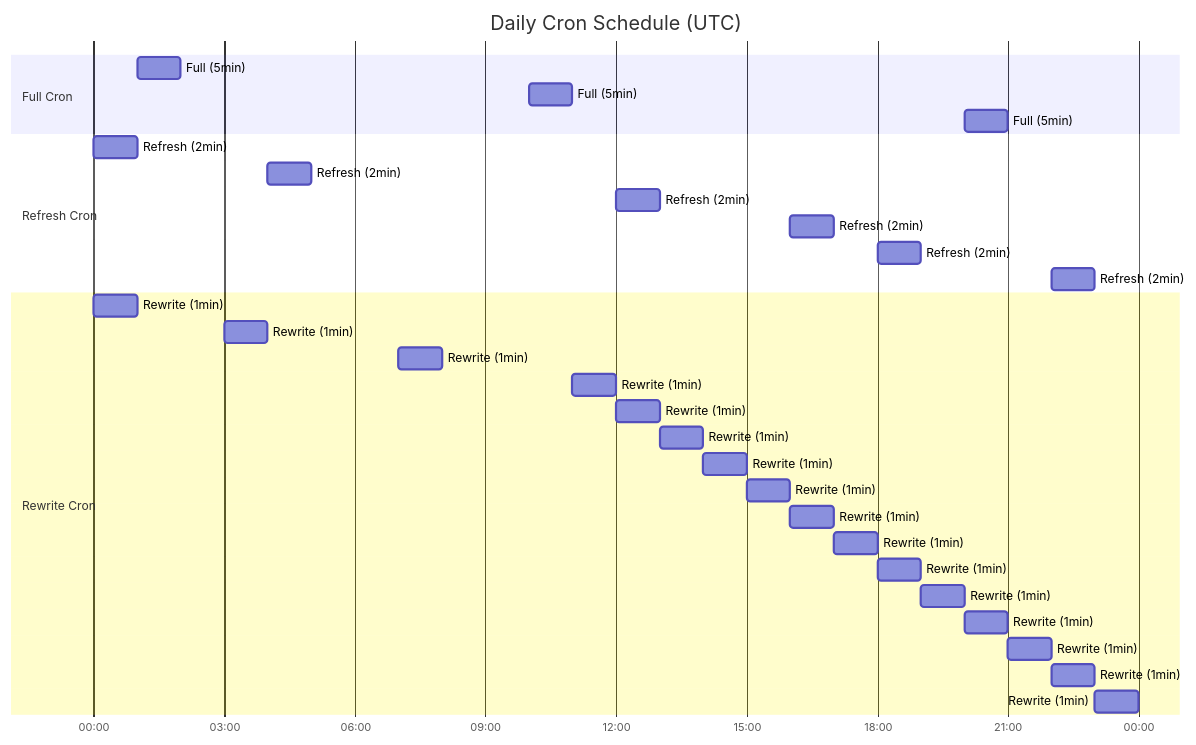
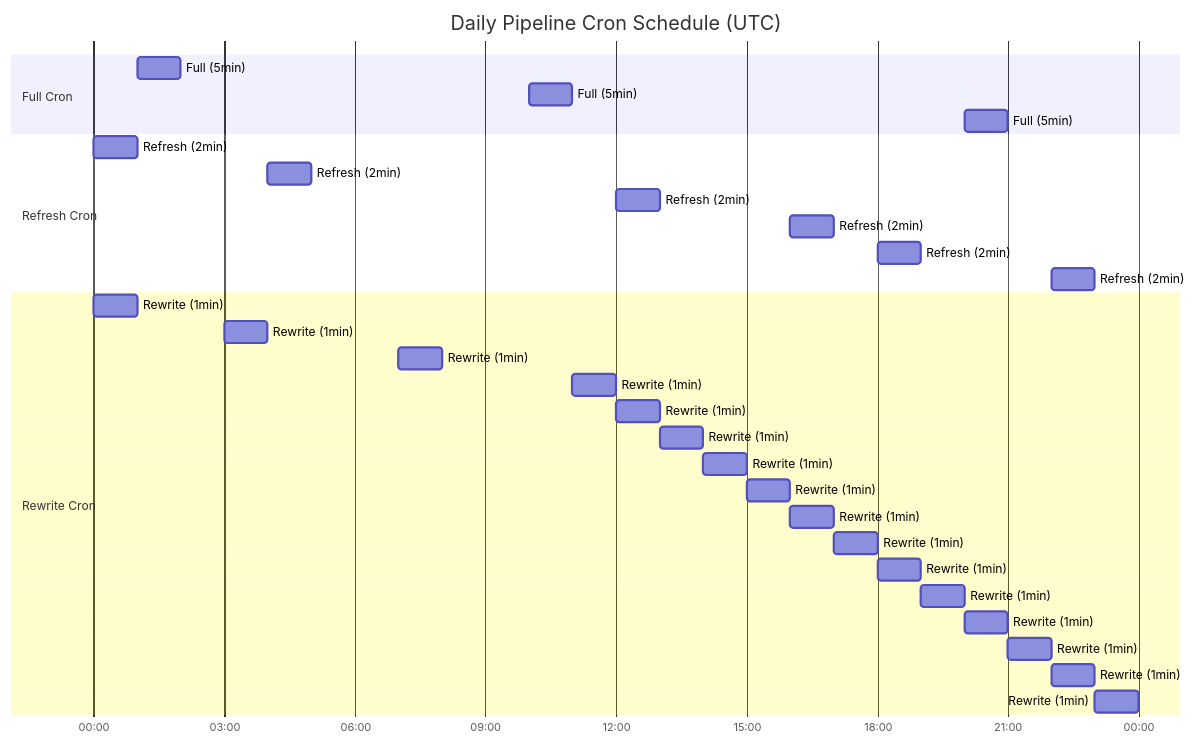
The first of 9 diagrams in README.md (dwahbe/climate-river), drawn with Mermaid before and after one commit. The commit also changed other lines of this file and 54 other files, not shown here.

````diff
--- a/README.md
+++ b/README.md
@@ -13,37 +13,37 @@
 ```mermaid
 gantt
-    title Daily Cron Schedule (UTC)
+    title Daily Pipeline Cron Schedule (UTC)
     dateFormat HH
     axisFormat %H:00
 
     section Full Cron
     Full (5min)    :f1, 01, 1h
     Full (5min)    :f2, 10, 1h
     Full (5min)    :f3, 20, 1h
 
     section Refresh Cron
     Refresh (2min) :r1, 00, 1h
     Refresh (2min) :r2, 04, 1h
     Refresh (2min) :r3, 12, 1h
     Refresh (2min) :r4, 16, 1h
     Refresh (2min) :r5, 18, 1h
     Refresh (2min) :r6, 22, 1h
 
     section Rewrite Cron
     Rewrite (1min) :w1, 00, 1h
     Rewrite (1min) :w2, 03, 1h
     Rewrite (1min) :w3, 07, 1h
     Rewrite (1min) :w4, 11, 1h
     Rewrite (1min) :w5, 12, 1h
     Rewrite (1min) :w6, 13, 1h
     Rewrite (1min) :w7, 14, 1h
     Rewrite (1min) :w8, 15, 1h
     Rewrite (1min) :w9, 16, 1h
     Rewrite (1min) :w10, 17, 1h
     Rewrite (1min) :w11, 18, 1h
     Rewrite (1min) :w12, 19, 1h
     Rewrite (1min) :w13, 20, 1h
     Rewrite (1min) :w14, 21, 1h
     Rewrite (1min) :w15, 22, 1h
     Rewrite (1min) :w16, 23, 1h
 ```
````
